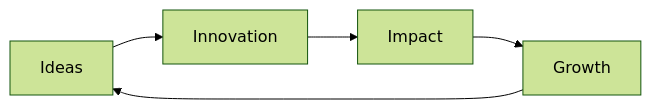
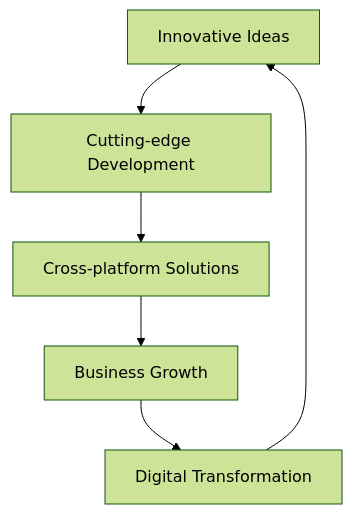
The diagram in profile/README.md (Fusion-Script/.github), drawn with Mermaid (forest theme) before and after one commit. The commit also changed other lines of this file, not shown here.

````diff
--- a/profile/README.md
+++ b/profile/README.md
@@ -34,7 +75,8 @@
 ```mermaid
-graph LR
-    A[Ideas] --> B[Innovation]
-    B --> C[Impact]
-    C --> D[Growth]
-    D --> A
+graph TD
+    A[Innovative Ideas] --> B[Cutting-edge Development]
+    B --> C[Cross-platform Solutions]
+    C --> D[Business Growth]
+    D --> E[Digital Transformation]
+    E --> A
 ```
````
